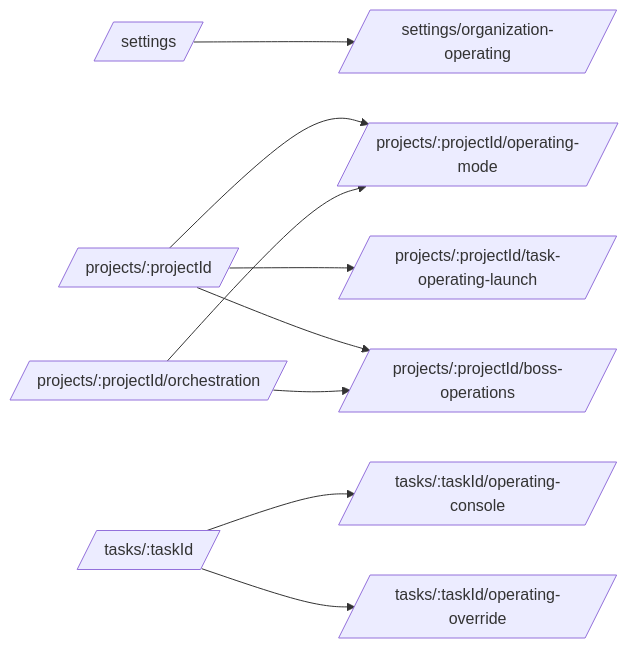
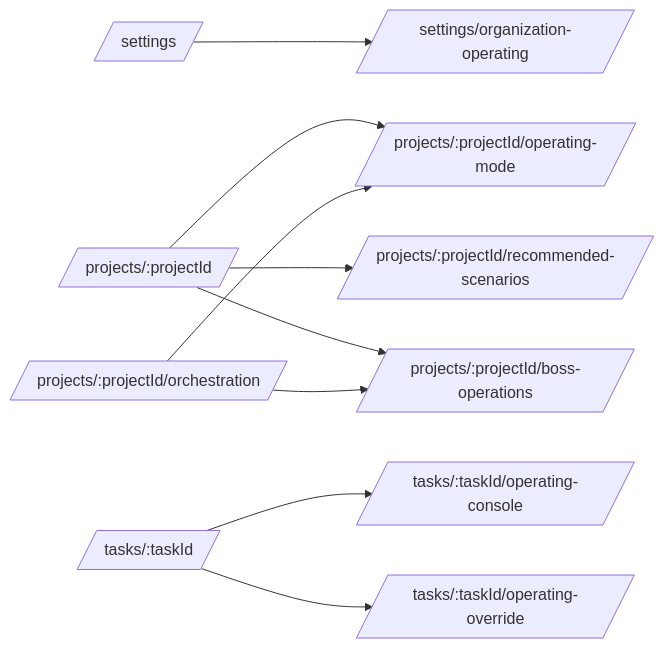
One commit to openerserver/openerx changed the second of 2 diagrams in docs/organization-oriented-agent-frontend-information-architecture.md. Above: the diagram before and after it, drawn with Mermaid. The commit also changed other lines of this file and 68 other files, not shown here.

First line of the commit message:
Add unit tests for ProjectDetail, ProjectSettingsPanel, and Projects components

````diff
--- a/docs/organization-oriented-agent-frontend-information-architecture.md
+++ b/docs/organization-oriented-agent-frontend-information-architecture.md
@@ -184,11 +184,11 @@
 ```mermaid
 flowchart LR
   S[/settings/] --> SO[/settings/organization-operating/]
   P[/projects/:projectId/] --> PM[/projects/:projectId/operating-mode/]
-  P --> PL[/projects/:projectId/task-operating-launch/]
+  P --> PL[/projects/:projectId/recommended-scenarios/]
   P --> PB[/projects/:projectId/boss-operations/]
   PO[/projects/:projectId/orchestration/] --> PM
   PO --> PB
   T[/tasks/:taskId/] --> TC[/tasks/:taskId/operating-console/]
   T --> TO[/tasks/:taskId/operating-override/]
 ```
````
